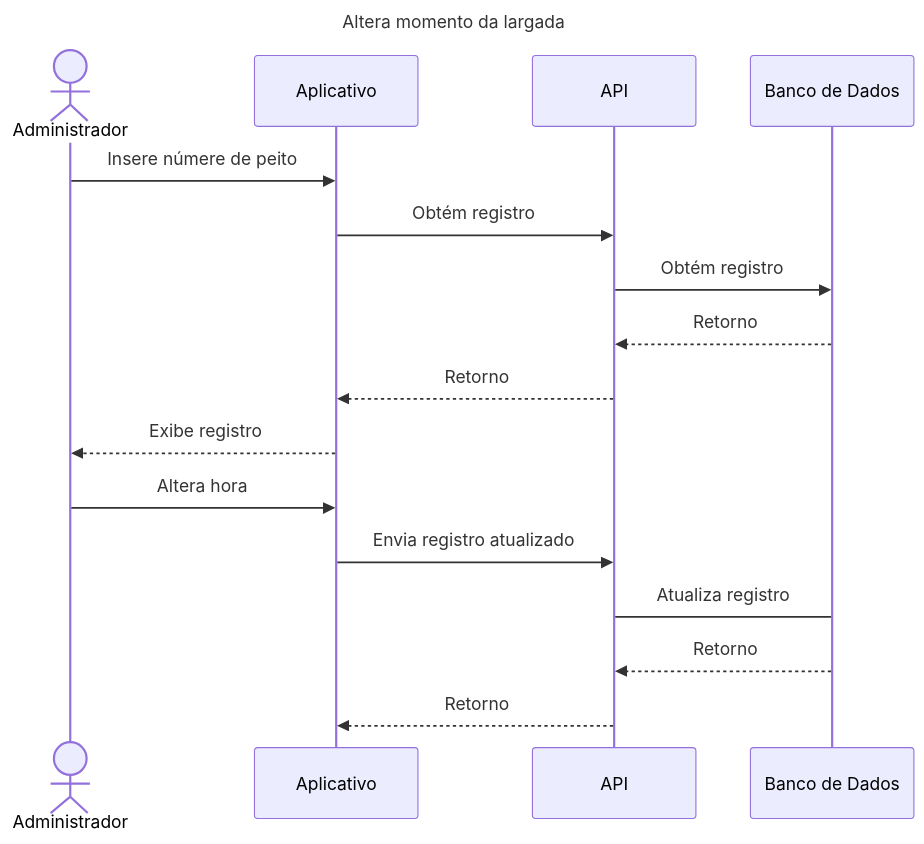
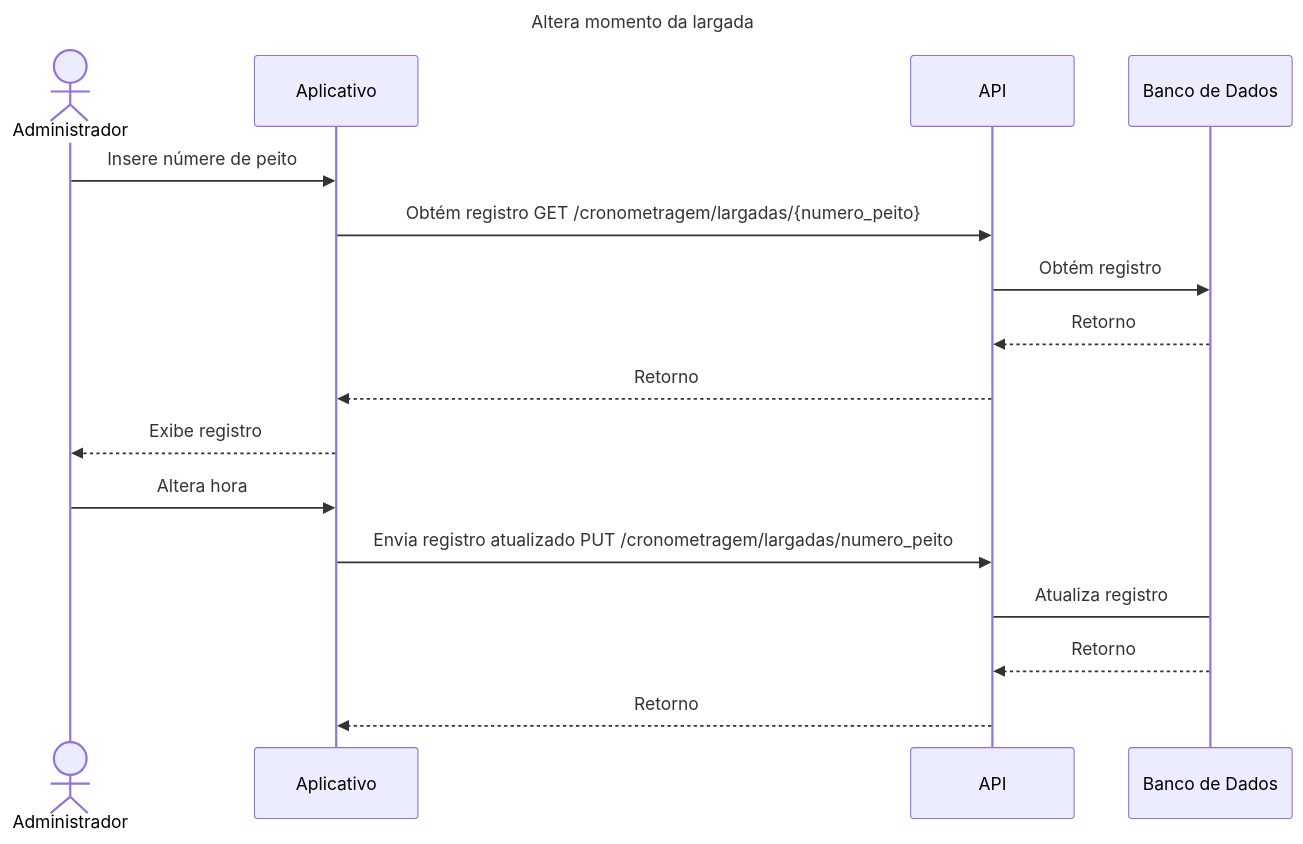
The diagram in designer/diagrams/features/update_exit.md (brgilsonsp/corrida_familia_piba), drawn with Mermaid before and after one commit. The commit also changed 9 other files, not shown here.

````diff
--- a/designer/diagrams/features/update_exit.md
+++ b/designer/diagrams/features/update_exit.md
@@ -1,21 +1,21 @@
 ```mermaid
 sequenceDiagram
     title Altera momento da largada
 
     actor Admin as Administrador
     participant Aplicativo as Aplicativo
     participant Api as API
     participant DB as Banco de Dados
 
     Admin->>Aplicativo: Insere númere de peito
-    Aplicativo->>Api: Obtém registro
+    Aplicativo->>Api: Obtém registro GET /cronometragem/largadas/{numero_peito}
     Api->>DB: Obtém registro
     DB-->>Api: Retorno
     Api-->>Aplicativo: Retorno
     Aplicativo-->>Admin: Exibe registro
     Admin->>Aplicativo: Altera hora
-    Aplicativo->>Api: Envia registro atualizado
+    Aplicativo->>Api: Envia registro atualizado PUT /cronometragem/largadas/numero_peito
     Api->DB: Atualiza registro
     DB-->>Api: Retorno
     Api-->>Aplicativo: Retorno
 ```
````
